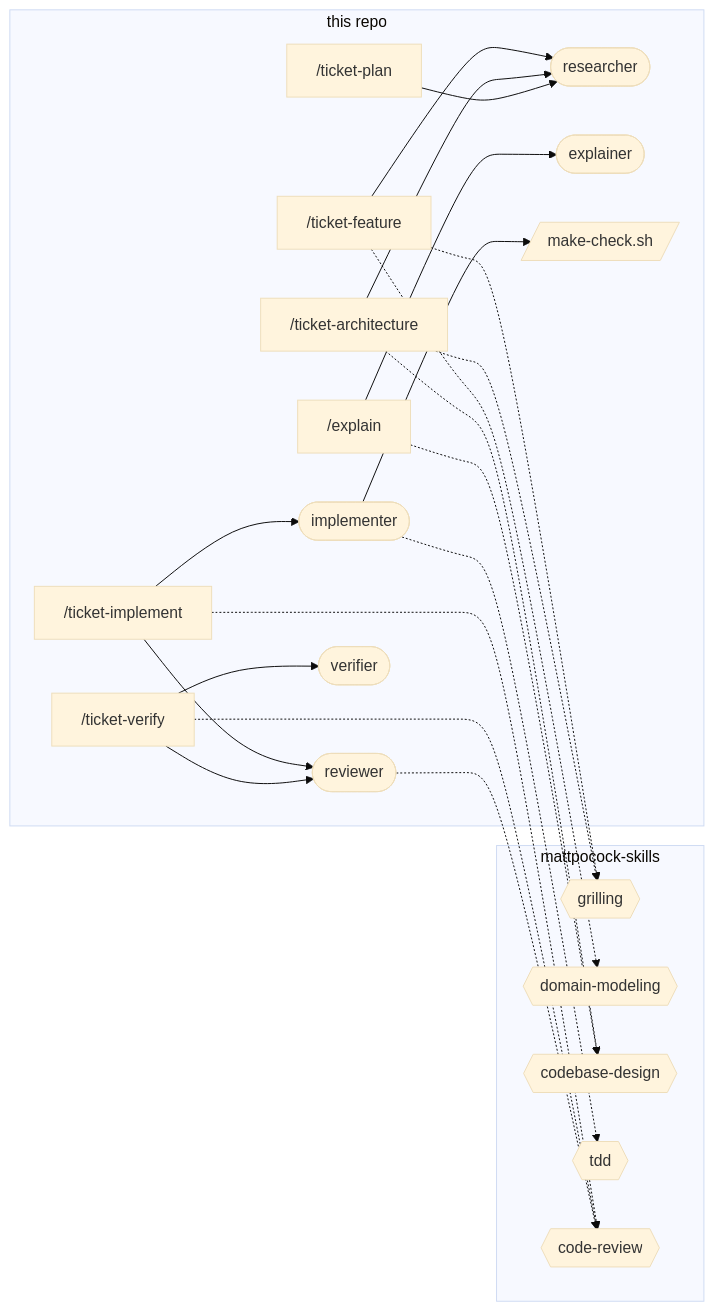
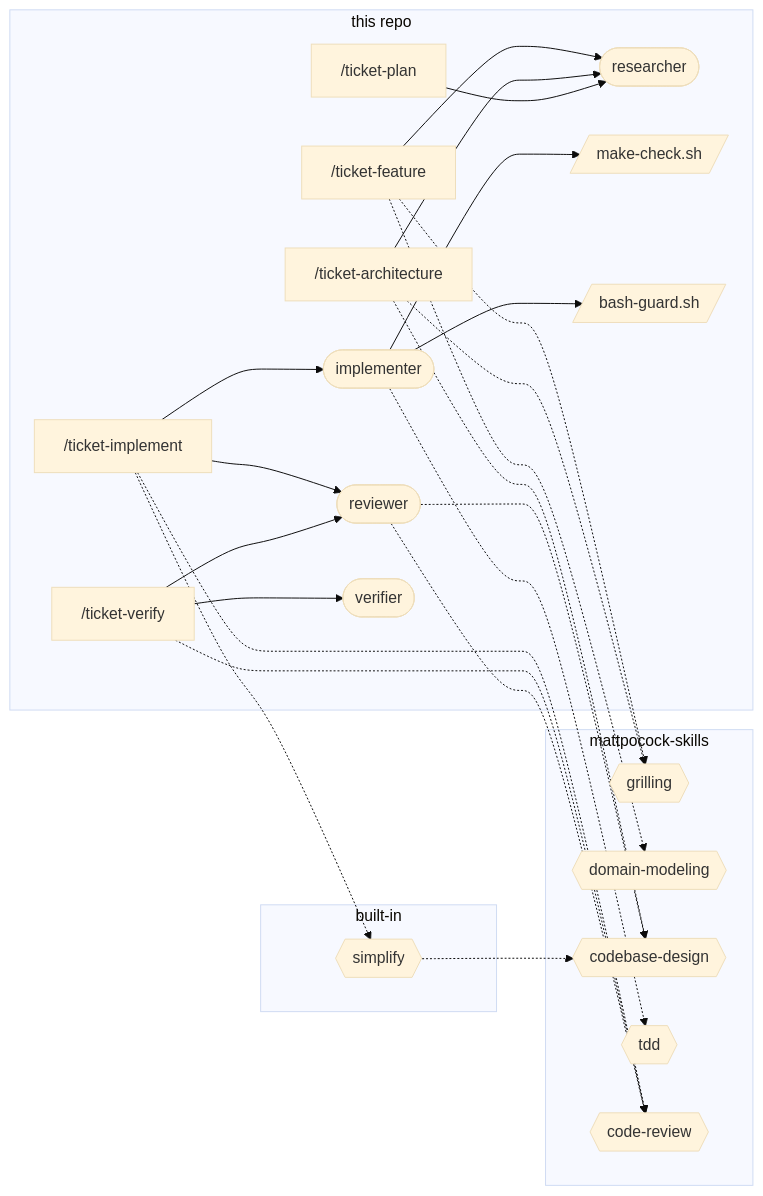
The second of 3 diagrams in docs/knowledge/sdd.md (khotei/app-template), drawn with Mermaid (base theme) before and after one commit. The commit also changed other lines of this file and 447 other files, not shown here.

````diff
--- a/docs/knowledge/sdd.md
+++ b/docs/knowledge/sdd.md
@@ -74,38 +77,39 @@
 ```mermaid
 graph LR
   subgraph ours [this repo]
     feature["/ticket-feature"]
     arch["/ticket-architecture"]
     plan["/ticket-plan"]
     impl["/ticket-implement"]
     verify["/ticket-verify"]
-    explain["/explain"]
     researcher([researcher])
     implementer([implementer])
     reviewer([reviewer])
     verifier([verifier])
-    explainer([explainer])
     hook[/make-check.sh/]
+    guard[/bash-guard.sh/]
   end
   subgraph plugin [mattpocock-skills]
     grilling{{grilling}}
     modeling{{domain-modeling}}
     design{{codebase-design}}
     tdd{{tdd}}
     review{{code-review}}
   end
+  subgraph builtin [built-in]
+    simplify{{simplify}}
+  end
   feature -.-> grilling & modeling
   feature --> researcher
   arch -.-> design & grilling
   arch --> researcher
   plan --> researcher
   impl --> implementer & reviewer
-  impl -.-> review
+  impl -.-> review & simplify
+  simplify -.-> design
   implementer -.-> tdd
-  implementer --> hook
+  implementer --> hook & guard
   verify --> verifier & reviewer
   verify -.-> review
-  reviewer -.-> review
-  explain --> explainer
-  explain -.-> design
+  reviewer -.-> review & design
 ```
````
